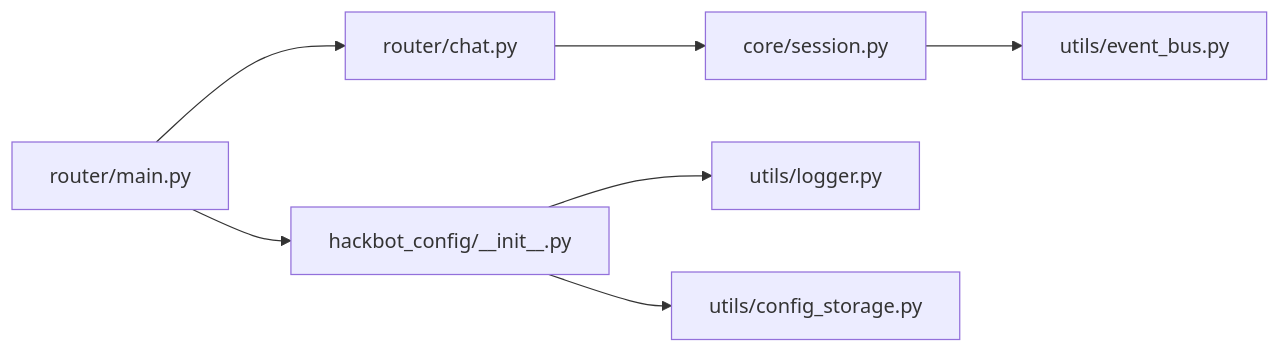
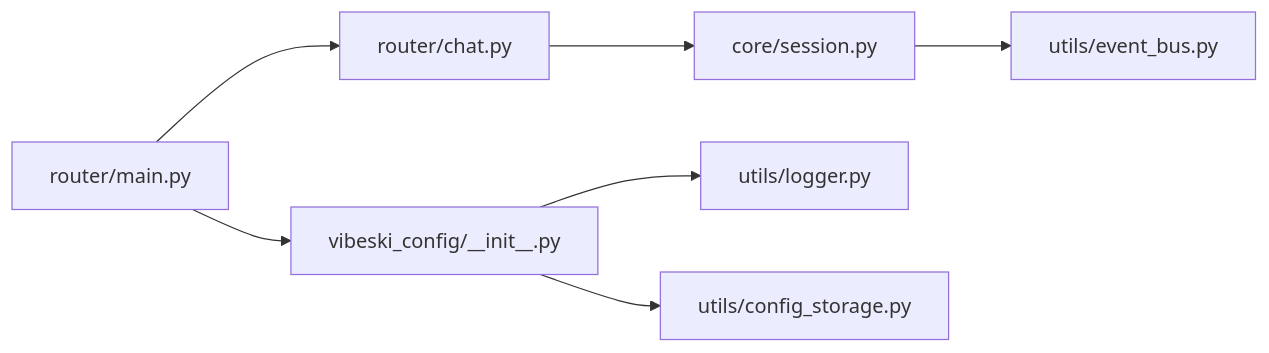
One commit to crabin/VIBESKI changed the eighth of 8 diagrams in .qoder/repowiki/zh/content/故障排除与常见问题.md. Above: the diagram before and after it, drawn with Mermaid. The commit also changed other lines of this file and 170 other files, not shown here.

Commit message:
chore: rename all secbot/hackbot identifiers to vibeski

````diff
--- a/.qoder/repowiki/zh/content/故障排除与常见问题.md
+++ b/.qoder/repowiki/zh/content/故障排除与常见问题.md
@@ -257,9 +257,9 @@
 ```mermaid
 graph LR
 A["router/main.py"] --> B["router/chat.py"]
 B --> C["core/session.py"]
 C --> D["utils/event_bus.py"]
-A --> E["hackbot_config/__init__.py"]
+A --> E["vibeski_config/__init__.py"]
 E --> F["utils/logger.py"]
 E --> G["utils/config_storage.py"]
 ```
````
